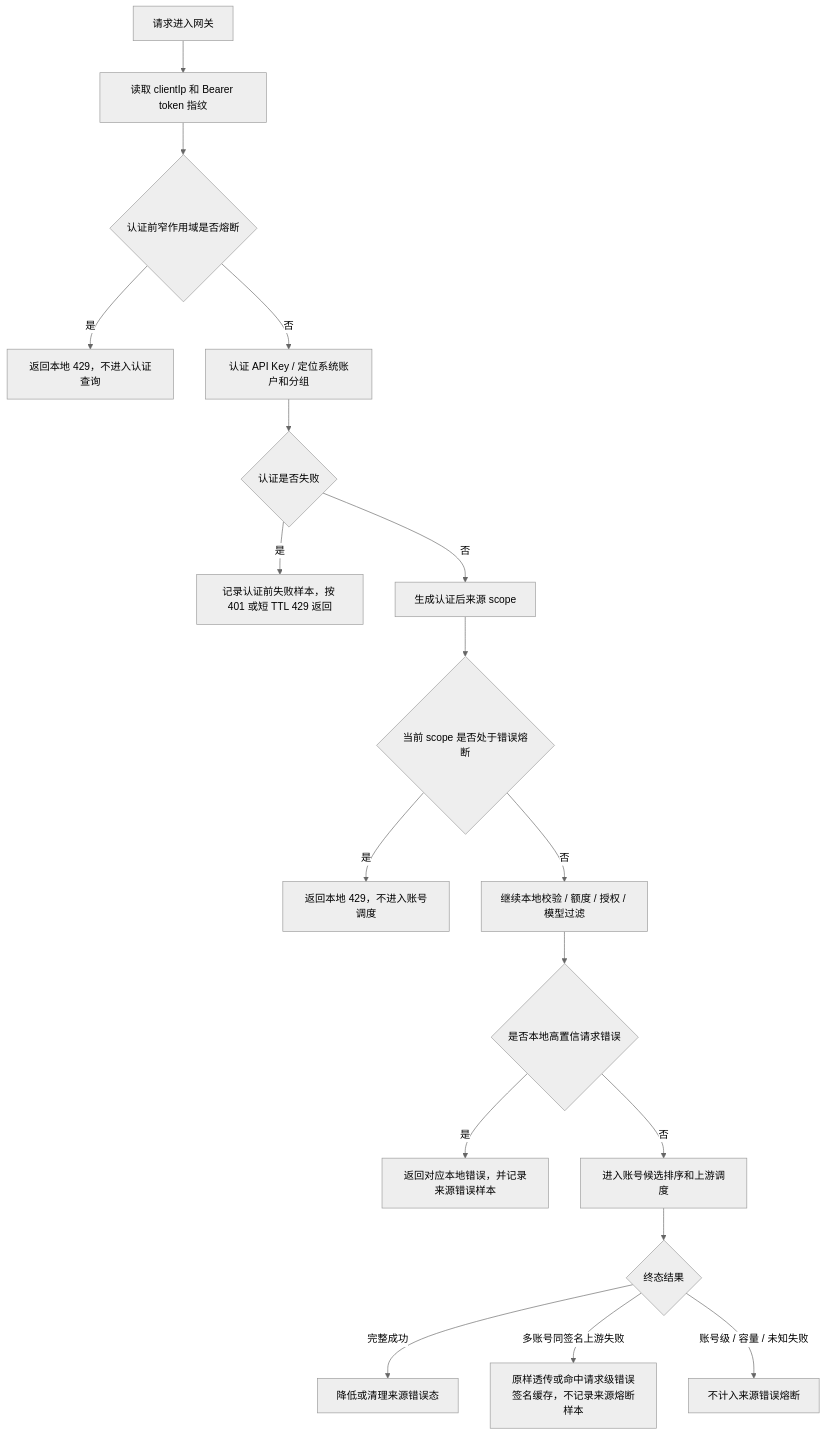
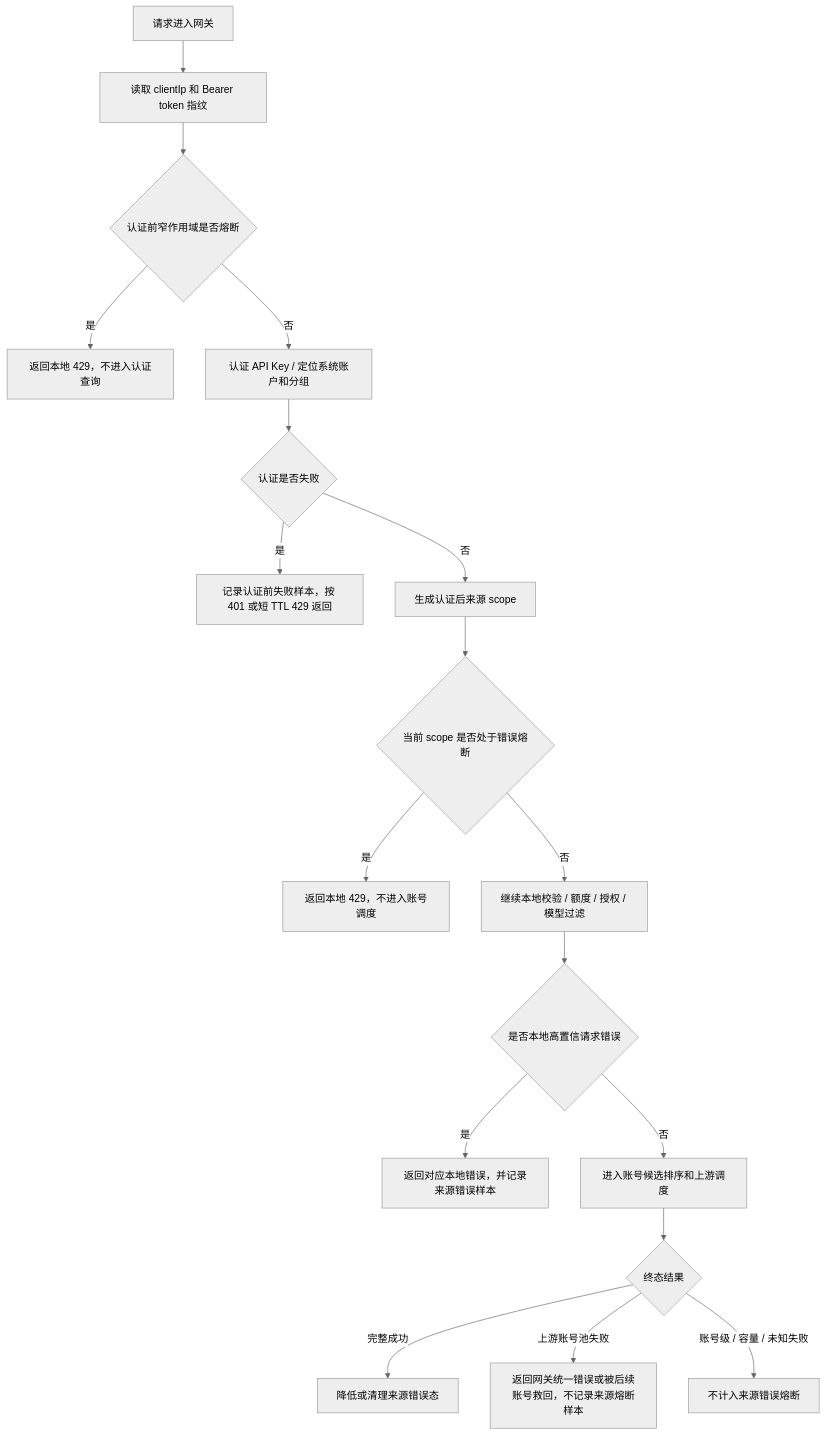
Before and after one commit to huanmin123/juhe-ai: the diagram in docs/functions/IP级错误熔断与恶意请求保护设计.md, drawn with Mermaid (neutral theme). The commit also changed other lines of this file and 141 other files, not shown here.

````diff
--- a/docs/functions/IP级错误熔断与恶意请求保护设计.md
+++ b/docs/functions/IP级错误熔断与恶意请求保护设计.md
@@ -191,20 +191,20 @@
 ```mermaid
 flowchart TD
   A["请求进入网关"] --> A1["读取 clientIp 和 Bearer token 指纹"]
   A1 --> A2{"认证前窄作用域是否熔断"}
   A2 -- "是" --> A3["返回本地 429，不进入认证查询"]
   A2 -- "否" --> B["认证 API Key / 定位系统账户和分组"]
   B --> B1{"认证是否失败"}
   B1 -- "是" --> B2["记录认证前失败样本，按 401 或短 TTL 429 返回"]
   B1 -- "否" --> C["生成认证后来源 scope"]
   C --> D{"当前 scope 是否处于错误熔断"}
   D -- "是" --> E["返回本地 429，不进入账号调度"]
   D -- "否" --> F["继续本地校验 / 额度 / 授权 / 模型过滤"]
   F --> G{"是否本地高置信请求错误"}
   G -- "是" --> H["返回对应本地错误，并记录来源错误样本"]
   G -- "否" --> I["进入账号候选排序和上游调度"]
   I --> J{"终态结果"}
   J -- "完整成功" --> K["降低或清理来源错误态"]
-  J -- "多账号同签名上游失败" --> L["原样透传或命中请求级错误签名缓存，不记录来源熔断样本"]
+  J -- "上游账号池失败" --> L["返回网关统一错误或被后续账号救回，不记录来源熔断样本"]
   J -- "账号级 / 容量 / 未知失败" --> M["不计入来源错误熔断"]
 ```
````
